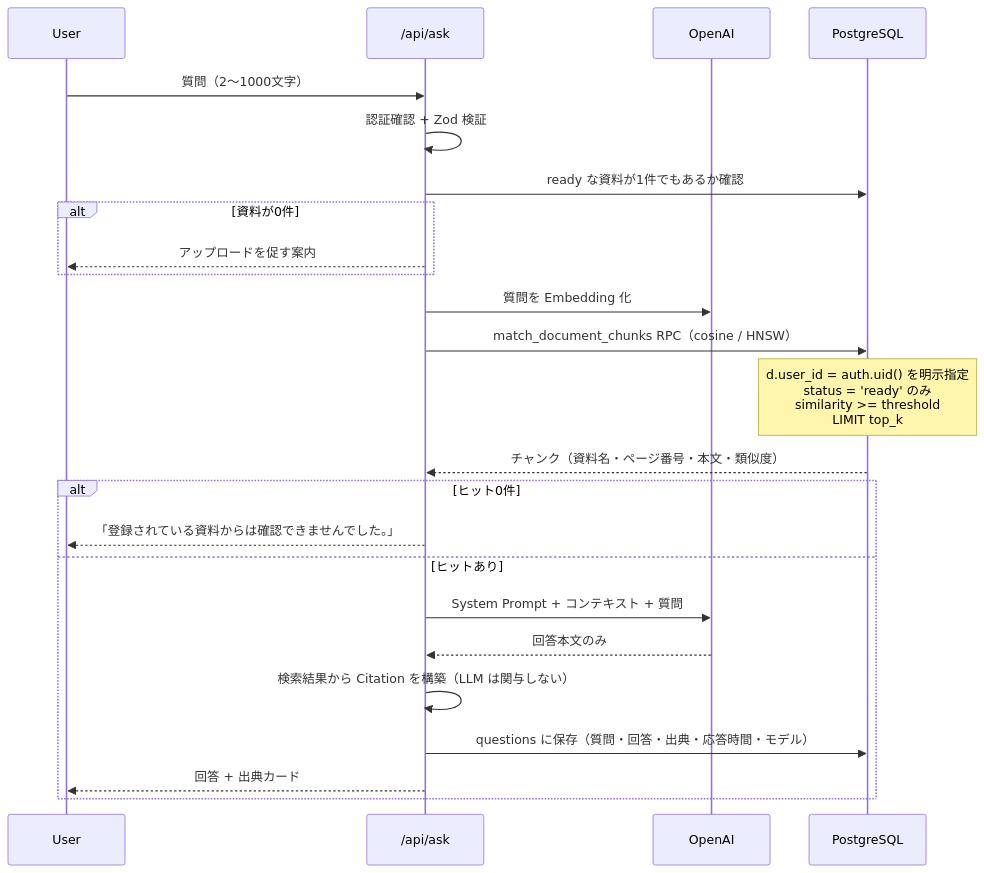
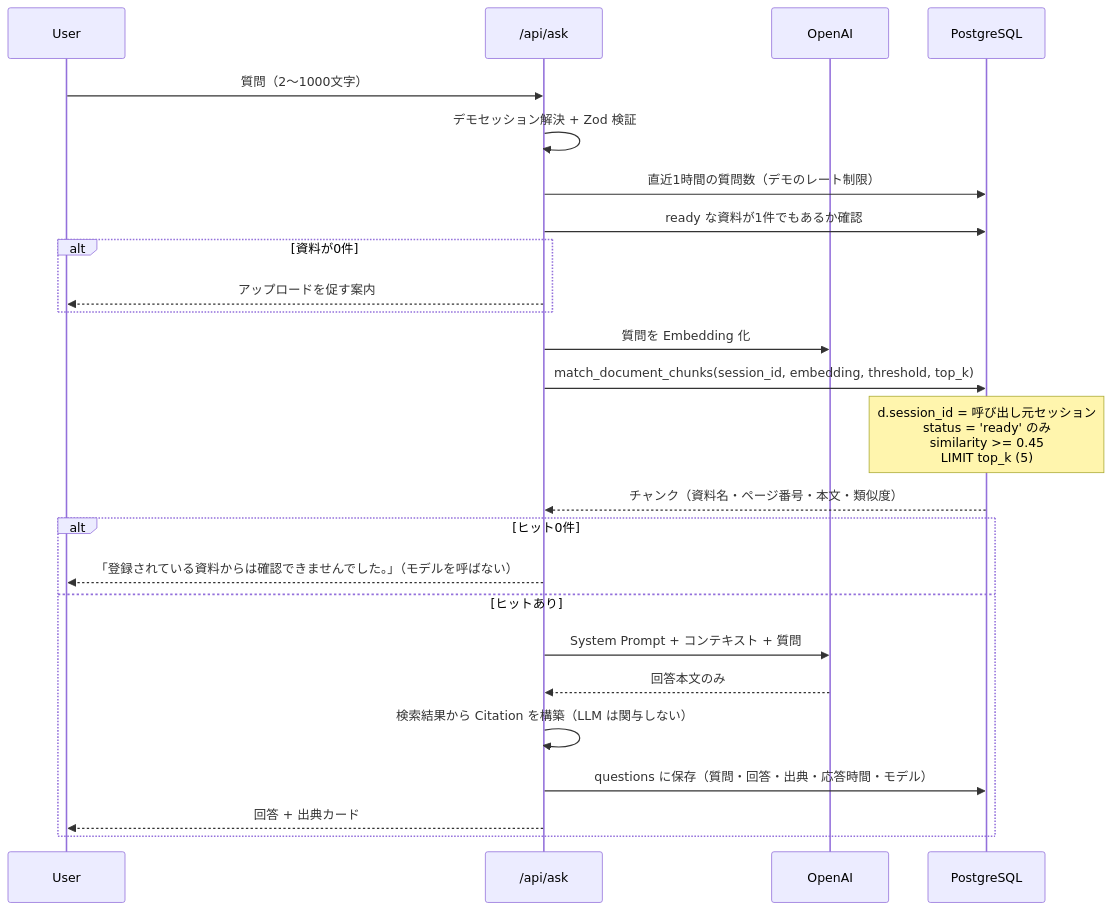
One commit to aicmode/enterprise-rag-knowledge-ai changed the third of 3 diagrams in README.md. Above: the diagram before and after it, drawn with Mermaid. The commit also changed other lines of this file and 67 other files, not shown here.

````diff
--- a/README.md
+++ b/README.md
@@ -261,27 +282,28 @@
 ```mermaid
 sequenceDiagram
     participant U as User
     participant A as /api/ask
     participant O as OpenAI
     participant D as PostgreSQL
 
     U->>A: 質問（2〜1000文字）
-    A->>A: 認証確認 + Zod 検証
+    A->>A: デモセッション解決 + Zod 検証
+    A->>D: 直近1時間の質問数（デモのレート制限）
     A->>D: ready な資料が1件でもあるか確認
     alt 資料が0件
         A-->>U: アップロードを促す案内
     end
     A->>O: 質問を Embedding 化
-    A->>D: match_document_chunks RPC（cosine / HNSW）
-    Note over D: d.user_id = auth.uid() を明示指定<br/>status = 'ready' のみ<br/>similarity >= threshold<br/>LIMIT top_k
+    A->>D: match_document_chunks(session_id, embedding, threshold, top_k)
+    Note over D: d.session_id = 呼び出し元セッション<br/>status = 'ready' のみ<br/>similarity >= 0.45<br/>LIMIT top_k (5)
     D-->>A: チャンク（資料名・ページ番号・本文・類似度）
     alt ヒット0件
-        A-->>U: 「登録されている資料からは確認できませんでした。」
+        A-->>U: 「登録されている資料からは確認できませんでした。」（モデルを呼ばない）
     else ヒットあり
         A->>O: System Prompt + コンテキスト + 質問
         O-->>A: 回答本文のみ
         A->>A: 検索結果から Citation を構築（LLM は関与しない）
         A->>D: questions に保存（質問・回答・出典・応答時間・モデル）
         A-->>U: 回答 + 出典カード
     end
 ```
````
